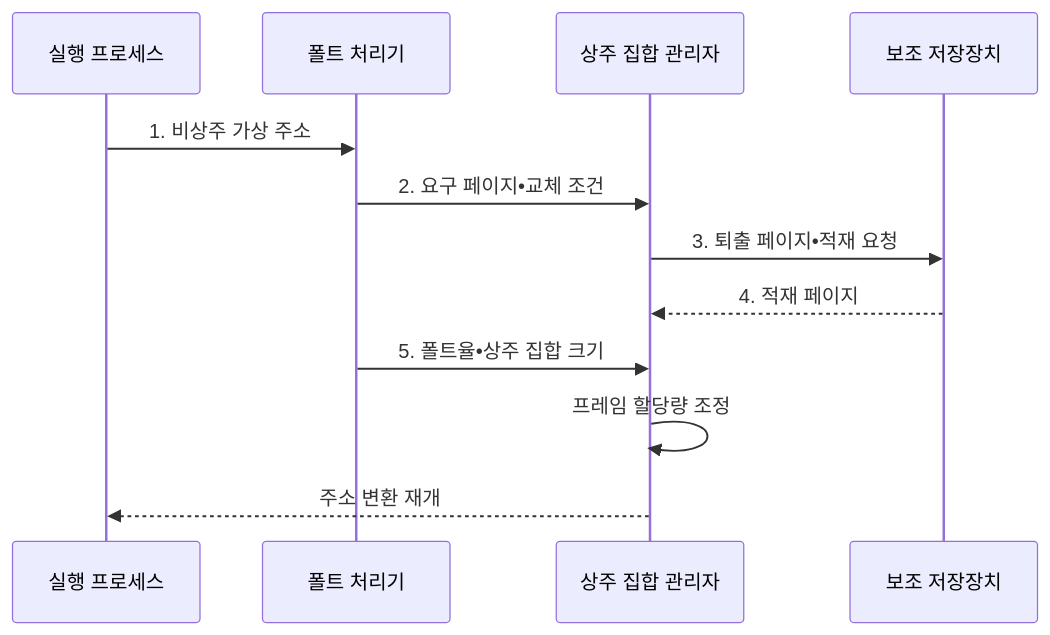
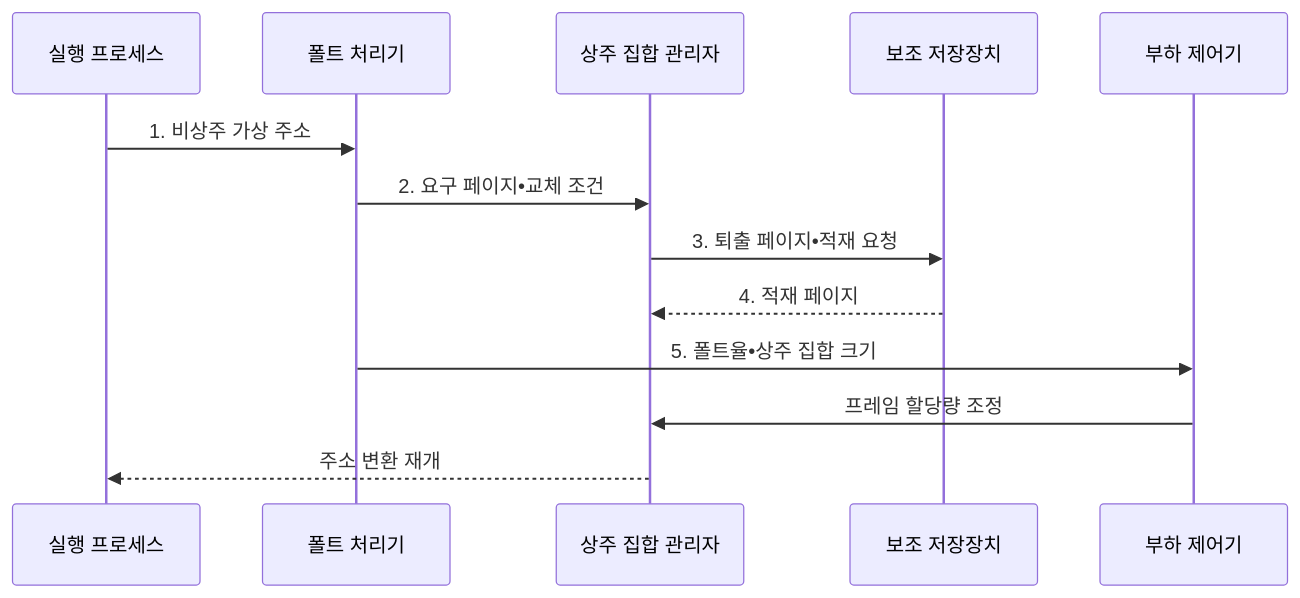
Before and after one commit to agnusdei1207/knowledge-base: the third of 3 diagrams in src/content/docs/notes/03-software/014_virtual_memory_thrashing.md, drawn with Mermaid. The commit also changed other lines of this file and 12 other files, not shown here.

````diff
--- a/src/content/docs/notes/03-software/014_virtual_memory_thrashing.md
+++ b/src/content/docs/notes/03-software/014_virtual_memory_thrashing.md
@@ -111,14 +111,15 @@
 ```mermaid
 sequenceDiagram
     participant P as 실행 프로세스
     participant F as 폴트 처리기
     participant R as 상주 집합 관리자
     participant D as 보조 저장장치
+    participant L as 부하 제어기
     P->>F: 1. 비상주 가상 주소
     F->>R: 2. 요구 페이지•교체 조건
     R->>D: 3. 퇴출 페이지•적재 요청
     D-->>R: 4. 적재 페이지
-    F->>R: 5. 폴트율•상주 집합 크기
-    R->>R: 프레임 할당량 조정
+    F->>L: 5. 폴트율•상주 집합 크기
+    L->>R: 프레임 할당량 조정
     R-->>P: 주소 변환 재개
 ```
````
